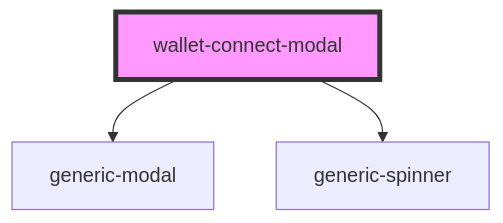
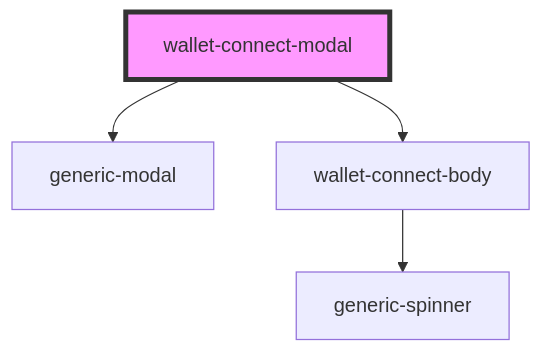
Before and after one commit to multiversx/mx-sdk-dapp-ui: the diagram in src/components/functional/wallet-connect-components/readme.md, drawn with Mermaid. The commit also changed other lines of this file and 7 other files, not shown here.

Commit message:
Added wallet connect side panel component

````diff
--- a/src/components/functional/wallet-connect-components/readme.md
+++ b/src/components/functional/wallet-connect-components/readme.md
@@ -36,6 +36,7 @@
 ```mermaid
 graph TD;
   wallet-connect-modal --> generic-modal
-  wallet-connect-modal --> generic-spinner
+  wallet-connect-modal --> wallet-connect-body
+  wallet-connect-body --> generic-spinner
   style wallet-connect-modal fill:#f9f,stroke:#333,stroke-width:4px
 ```
````
